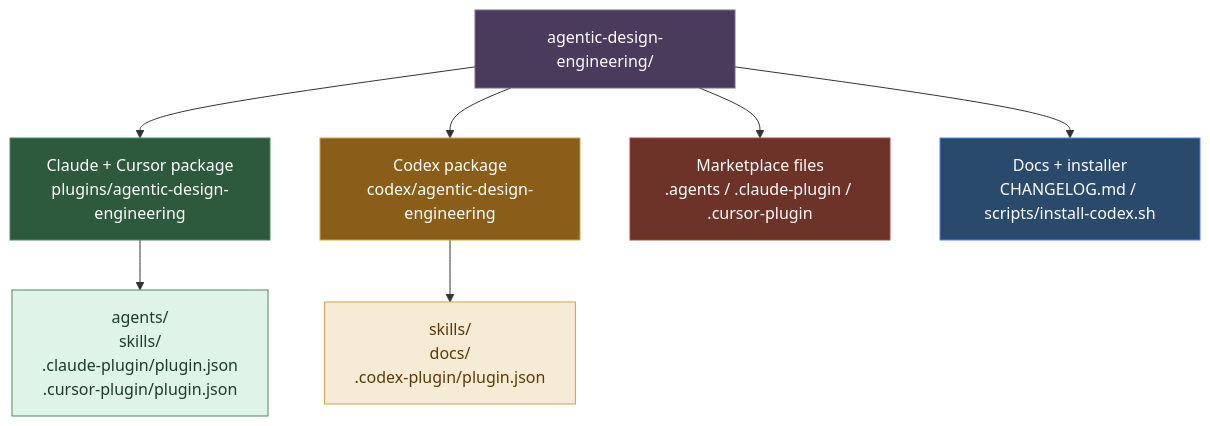
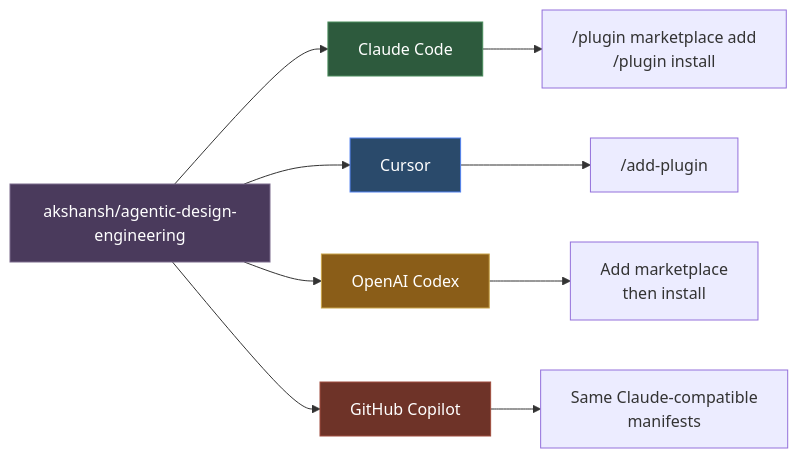
Before and after one commit to akshansh/agentic-design-engineering: the fourth of 4 diagrams in README.md, drawn with Mermaid. The commit also changed other lines of this file, not shown here.

````diff
--- a/README.md
+++ b/README.md
@@ -261,18 +164,18 @@
 ```mermaid
-flowchart TD
-    Root["agentic-design-engineering/"] --> ClaudeCursor["Claude + Cursor package<br/>plugins/agentic-design-engineering"]
-    Root --> Codex["Codex package<br/>codex/agentic-design-engineering"]
-    Root --> Marketplace["Marketplace files<br/>.agents / .claude-plugin / .cursor-plugin"]
-    Root --> Support["Docs + installer<br/>CHANGELOG.md / scripts/install-codex.sh"]
+flowchart LR
+    Repo["akshansh/agentic-design-engineering"] --> Claude["Claude Code"]
+    Repo --> Cursor["Cursor"]
+    Repo --> Codex["OpenAI Codex"]
+    Repo --> Copilot["GitHub Copilot"]
 
-    ClaudeCursor --> ClaudeFiles["agents/<br/>skills/<br/>.claude-plugin/plugin.json<br/>.cursor-plugin/plugin.json"]
-    Codex --> CodexFiles["skills/<br/>docs/<br/>.codex-plugin/plugin.json"]
+    Claude --> C1["/plugin marketplace add<br/>/plugin install"]
+    Cursor --> C2["/add-plugin"]
+    Codex --> C3["Add marketplace<br/>then install"]
+    Copilot --> C4["Same Claude-compatible<br/>manifests"]
 
-    style Root fill:#4a3a5c,stroke:#7a6a8c,color:#fff
-    style ClaudeCursor fill:#2d5a3d,stroke:#4a8c5c,color:#fff
-    style ClaudeFiles fill:#dff3e6,stroke:#4a8c5c,color:#1f3b2b
+    style Repo fill:#4a3a5c,stroke:#7a6a8c,color:#fff
+    style Claude fill:#2d5a3d,stroke:#4a8c5c,color:#fff
+    style Cursor fill:#2a4a6b,stroke:#5282ef,color:#fff
     style Codex fill:#8a5d18,stroke:#c9a44a,color:#fff
-    style CodexFiles fill:#f6ecd5,stroke:#c9a44a,color:#5a3b08
-    style Marketplace fill:#6e3328,stroke:#a04d3e,color:#fff
-    style Support fill:#2a4a6b,stroke:#5282ef,color:#fff
+    style Copilot fill:#6e3328,stroke:#a04d3e,color:#fff
 ```
````
